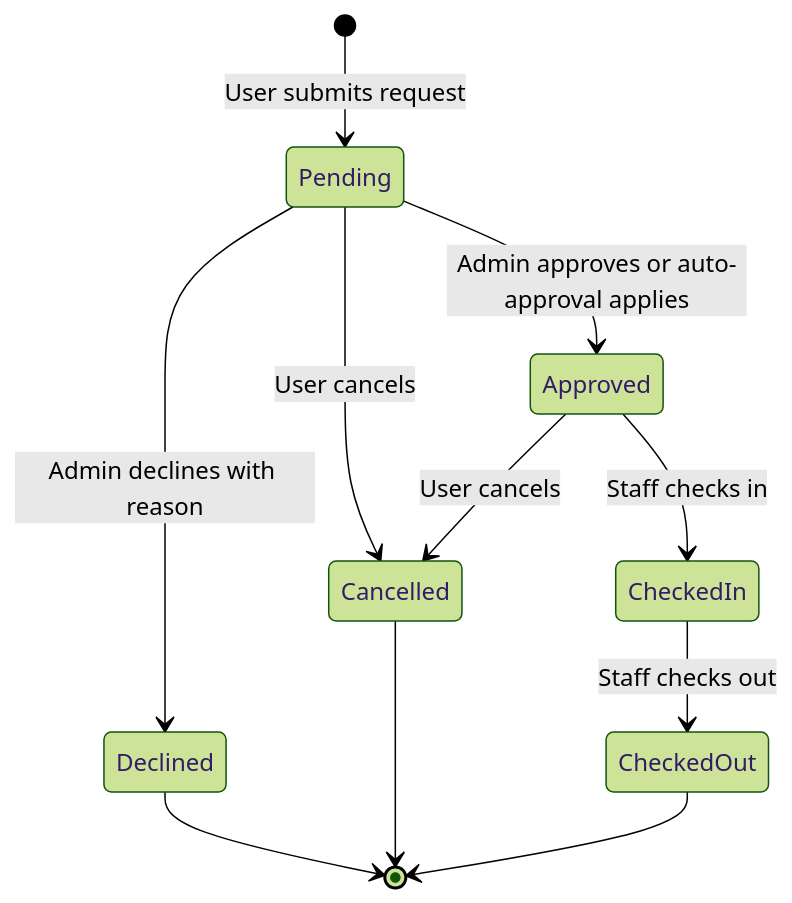
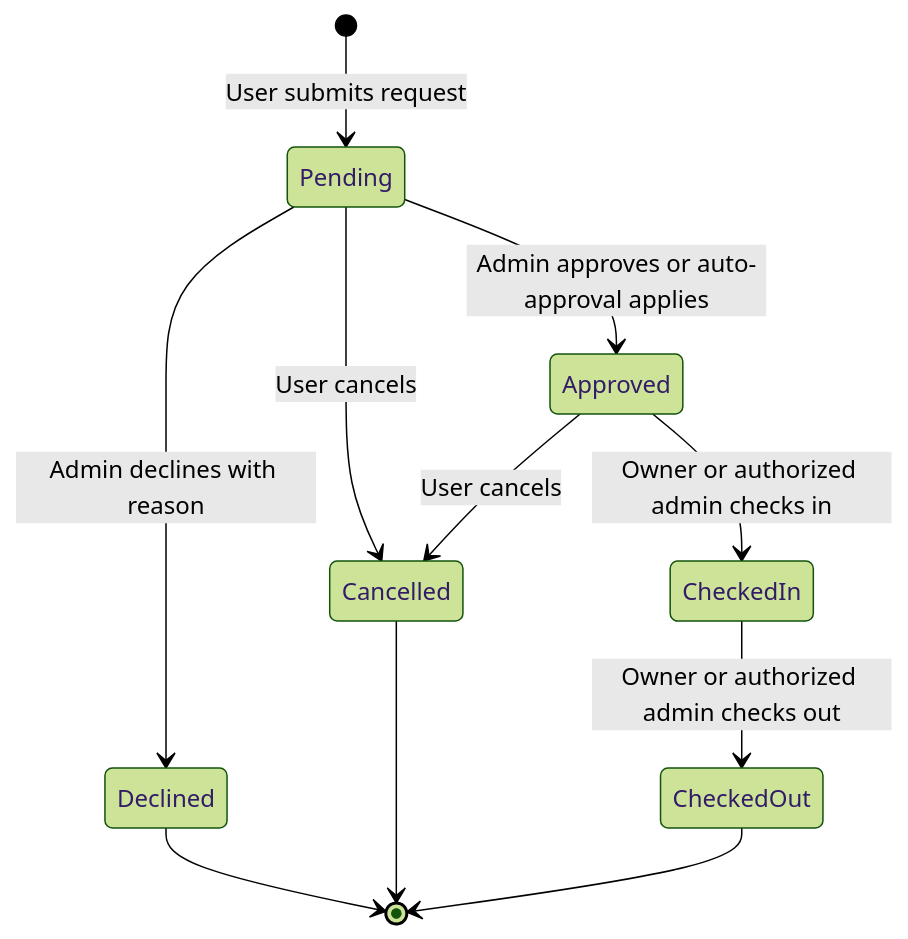
One commit to Jayzee336/ReserveIT changed the diagram in docs/workflows.md. Above: the diagram before and after it, drawn with Mermaid (forest theme). The commit also changed other lines of this file, not shown here.

````diff
--- a/docs/workflows.md
+++ b/docs/workflows.md
@@ -7,13 +7,13 @@
 ```mermaid
 stateDiagram-v2
     [*] --> Pending: User submits request
     Pending --> Approved: Admin approves or auto-approval applies
     Pending --> Declined: Admin declines with reason
     Pending --> Cancelled: User cancels
     Approved --> Cancelled: User cancels
-    Approved --> CheckedIn: Staff checks in
-    CheckedIn --> CheckedOut: Staff checks out
+    Approved --> CheckedIn: Owner or authorized admin checks in
+    CheckedIn --> CheckedOut: Owner or authorized admin checks out
     Declined --> [*]
     Cancelled --> [*]
     CheckedOut --> [*]
 ```
````
